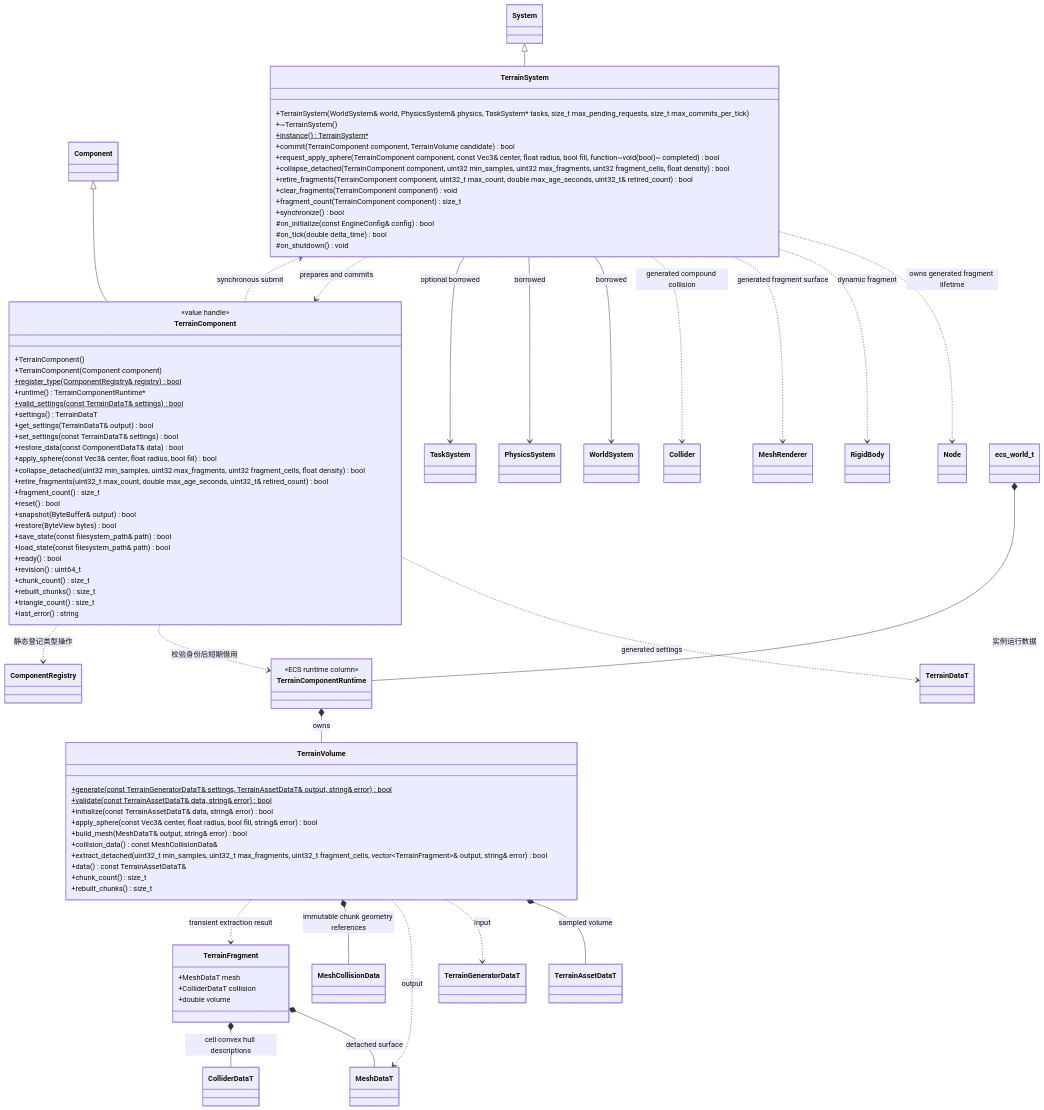
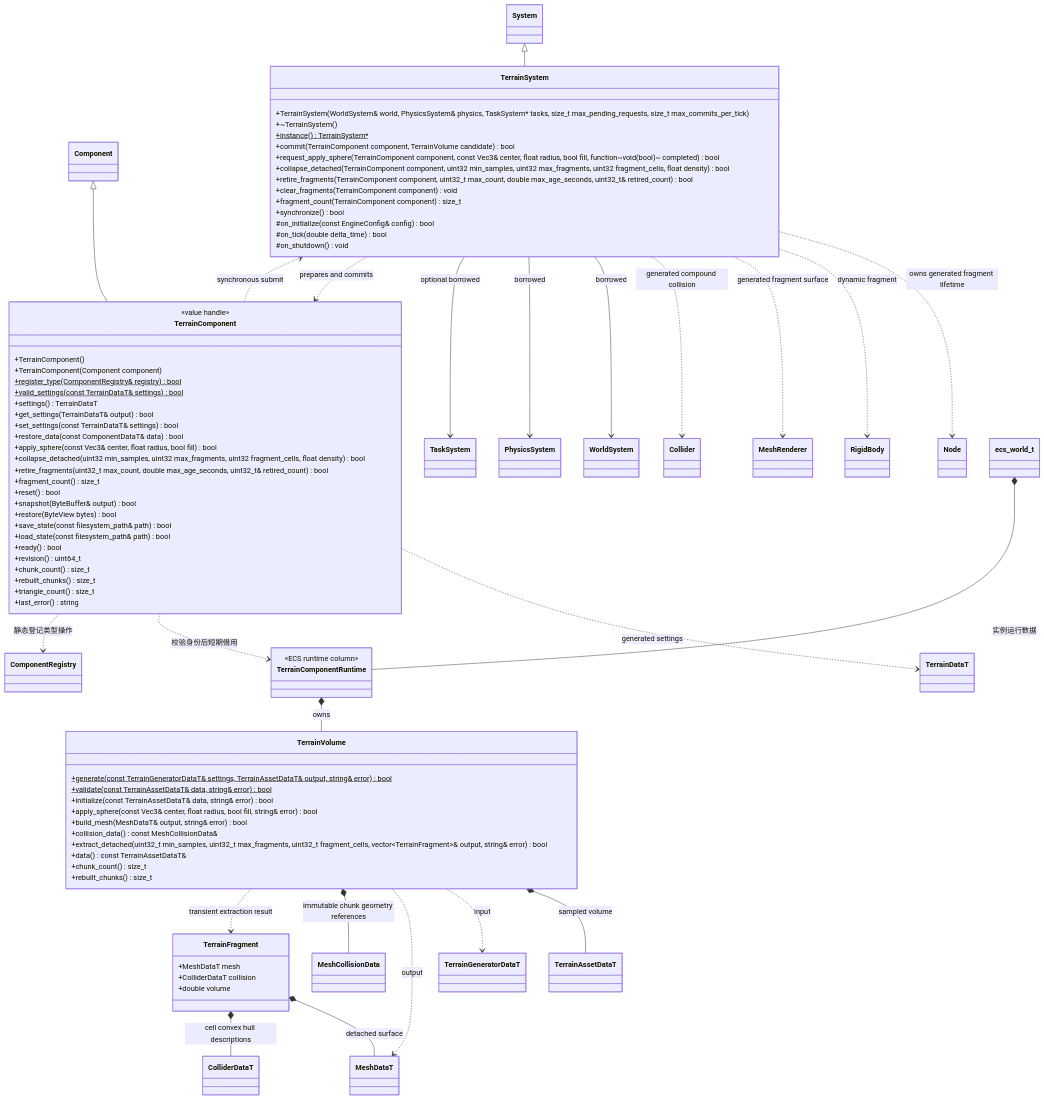
One commit to lcals/Engine changed the diagram in docs/plugins/runtime/class-diagrams/terrain.md. Above: the diagram before and after it, drawn with Mermaid. The commit also changed other lines of this file and 125 other files, not shown here.

First line of the commit message:
Fix engine architecture contracts and recovery paths

```diff
--- a/docs/plugins/runtime/class-diagrams/terrain.md
+++ b/docs/plugins/runtime/class-diagrams/terrain.md
@@ -37,7 +37,6 @@
         +TerrainComponent()
         +TerrainComponent(Component component)
         +register_type(ComponentRegistry& registry) bool$
-        +runtime() TerrainComponentRuntime#42;
 +valid_settings(const TerrainDataT& settings) bool$
 +settings() TerrainDataT
 +get_settings(TerrainDataT& output) bool
```
